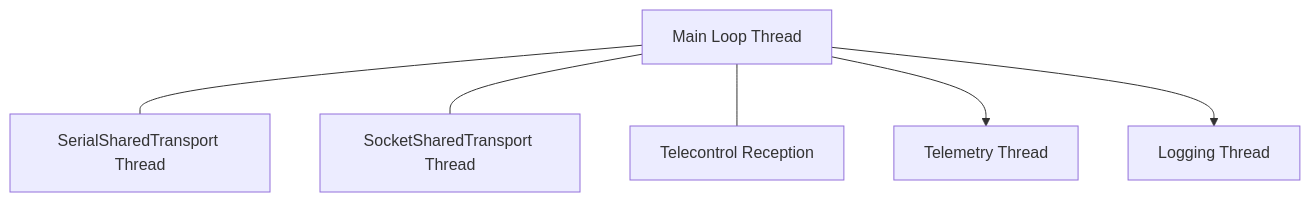
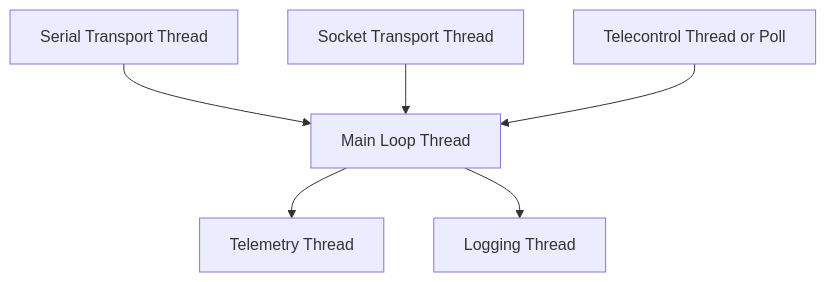
The eighth of 14 diagrams in README.md (vmsantosg01/mermaid), drawn with Mermaid before and after one commit. The commit also changed other lines of this file, not shown here.

````diff
--- a/README.md
+++ b/README.md
@@ -596,16 +200,15 @@
 ```mermaid
-flowchart TB
-    Main["Main Loop Thread"]
-    Serial["SerialSharedTransport Thread"]
-    Socket["SocketSharedTransport Thread"]
-    Telemetry["Telemetry Thread"]
-    Logging["Logging Thread"]
-    Telecontrol["Telecontrol Reception"]
+flowchart TD
+    Loop[Main Loop Thread]
+    SerialT[Serial Transport Thread]
+    SocketT[Socket Transport Thread]
+    TeleT[Telemetry Thread]
+    LogT[Logging Thread]
+    Tctrl[Telecontrol Thread or Poll]
 
-    Main --- Serial
-    Main --- Socket
-    Main --- Telecontrol
-
-    Main --> Telemetry
-    Main --> Logging
+    Loop --> TeleT
+    Loop --> LogT
+    SerialT --> Loop
+    SocketT --> Loop
+    Tctrl --> Loop
 ```
````
